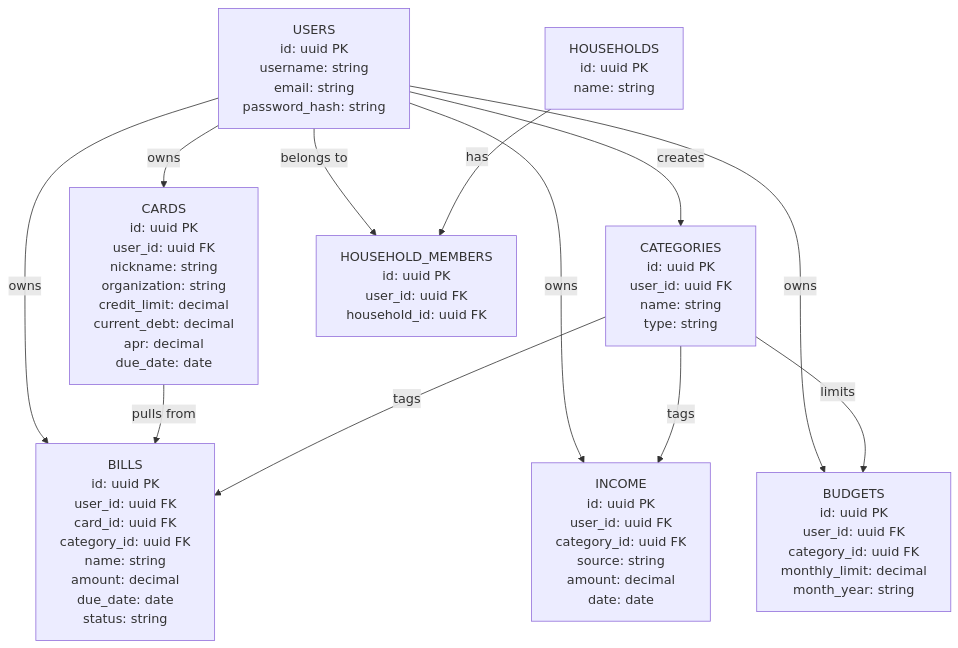
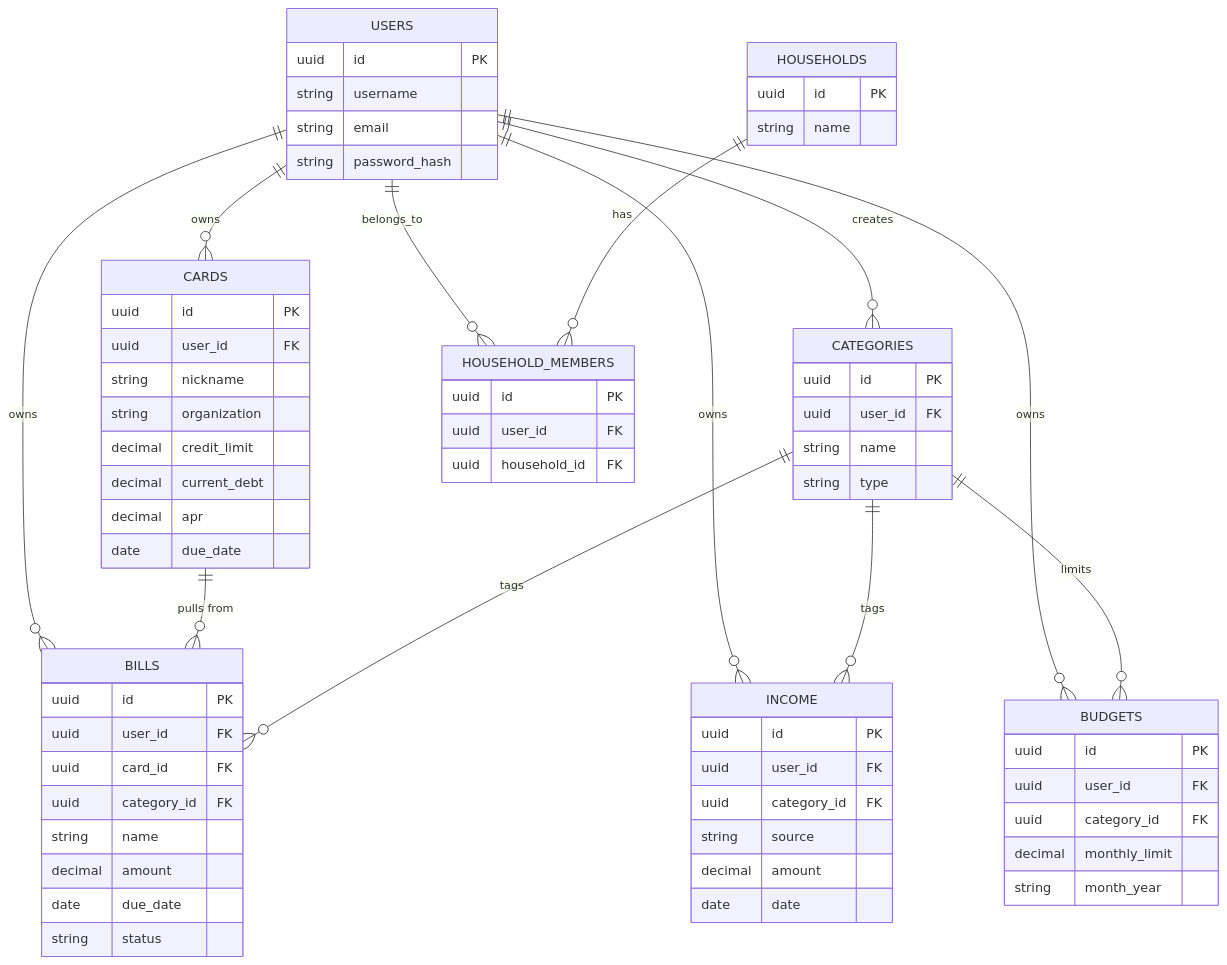
One commit to JAugustineFlory/WealthSight changed the diagram in README.md. Above: the diagram before and after it, drawn with Mermaid. The commit also changed other lines of this file, not shown here.

Commit message:
Learning mermaid

````diff
--- a/README.md
+++ b/README.md
@@ -5,23 +7,71 @@
 ```mermaid
-graph TD;
-    USERS["USERS<br/>id: uuid PK<br/>username: string<br/>email: string<br/>password_hash: string"]
-    CATEGORIES["CATEGORIES<br/>id: uuid PK<br/>user_id: uuid FK<br/>name: string<br/>type: string"]
-    CARDS["CARDS<br/>id: uuid PK<br/>user_id: uuid FK<br/>nickname: string<br/>organization: string<br/>credit_limit: decimal<br/>current_debt: decimal<br/>apr: decimal<br/>due_date: date"]
-    BILLS["BILLS<br/>id: uuid PK<br/>user_id: uuid FK<br/>card_id: uuid FK<br/>category_id: uuid FK<br/>name: string<br/>amount: decimal<br/>due_date: date<br/>status: string"]
-    INCOME["INCOME<br/>id: uuid PK<br/>user_id: uuid FK<br/>category_id: uuid FK<br/>source: string<br/>amount: decimal<br/>date: date"]
-    BUDGETS["BUDGETS<br/>id: uuid PK<br/>user_id: uuid FK<br/>category_id: uuid FK<br/>monthly_limit: decimal<br/>month_year: string"]
-    HOUSEHOLDS["HOUSEHOLDS<br/>id: uuid PK<br/>name: string"]
-    HOUSEHOLD_MEMBERS["HOUSEHOLD_MEMBERS<br/>id: uuid PK<br/>user_id: uuid FK<br/>household_id: uuid FK"]
+erDiagram
+  USERS ||--o{ CATEGORIES : creates
+  USERS ||--o{ CARDS : owns
+  USERS ||--o{ BILLS : owns
+  USERS ||--o{ INCOME : owns
+  USERS ||--o{ BUDGETS : owns
+  CARDS ||--o{ BILLS : "pulls from"
+  CATEGORIES ||--o{ BILLS : tags
+  CATEGORIES ||--o{ INCOME : tags
+  CATEGORIES ||--o{ BUDGETS : limits
+  USERS ||--o{ HOUSEHOLD_MEMBERS : belongs_to
+  HOUSEHOLDS ||--o{ HOUSEHOLD_MEMBERS : has
 
-    USERS -->|creates| CATEGORIES;
-    USERS -->|owns| CARDS;
-    USERS -->|owns| BILLS;
-    USERS -->|owns| INCOME;
-    USERS -->|owns| BUDGETS;
-    CARDS -->|pulls from| BILLS;
-    CATEGORIES -->|tags| BILLS;
-    CATEGORIES -->|tags| INCOME;
-    CATEGORIES -->|limits| BUDGETS;
-    USERS -->|belongs to| HOUSEHOLD_MEMBERS;
-    HOUSEHOLDS -->|has| HOUSEHOLD_MEMBERS;
+  USERS {
+    uuid id PK
+    string username
+    string email
+    string password_hash
+  }
+  CATEGORIES {
+    uuid id PK
+    uuid user_id FK
+    string name
+    string type
+  }
+  CARDS {
+    uuid id PK
+    uuid user_id FK
+    string nickname
+    string organization
+    decimal credit_limit
+    decimal current_debt
+    decimal apr
+    date due_date
+  }
+  BILLS {
+    uuid id PK
+    uuid user_id FK
+    uuid card_id FK
+    uuid category_id FK
+    string name
+    decimal amount
+    date due_date
+    string status
+  }
+  INCOME {
+    uuid id PK
+    uuid user_id FK
+    uuid category_id FK
+    string source
+    decimal amount
+    date date
+  }
+  BUDGETS {
+    uuid id PK
+    uuid user_id FK
+    uuid category_id FK
+    decimal monthly_limit
+    string month_year
+  }
+  HOUSEHOLDS {
+    uuid id PK
+    string name
+  }
+  HOUSEHOLD_MEMBERS {
+    uuid id PK
+    uuid user_id FK
+    uuid household_id FK
+  }
 ```
````
